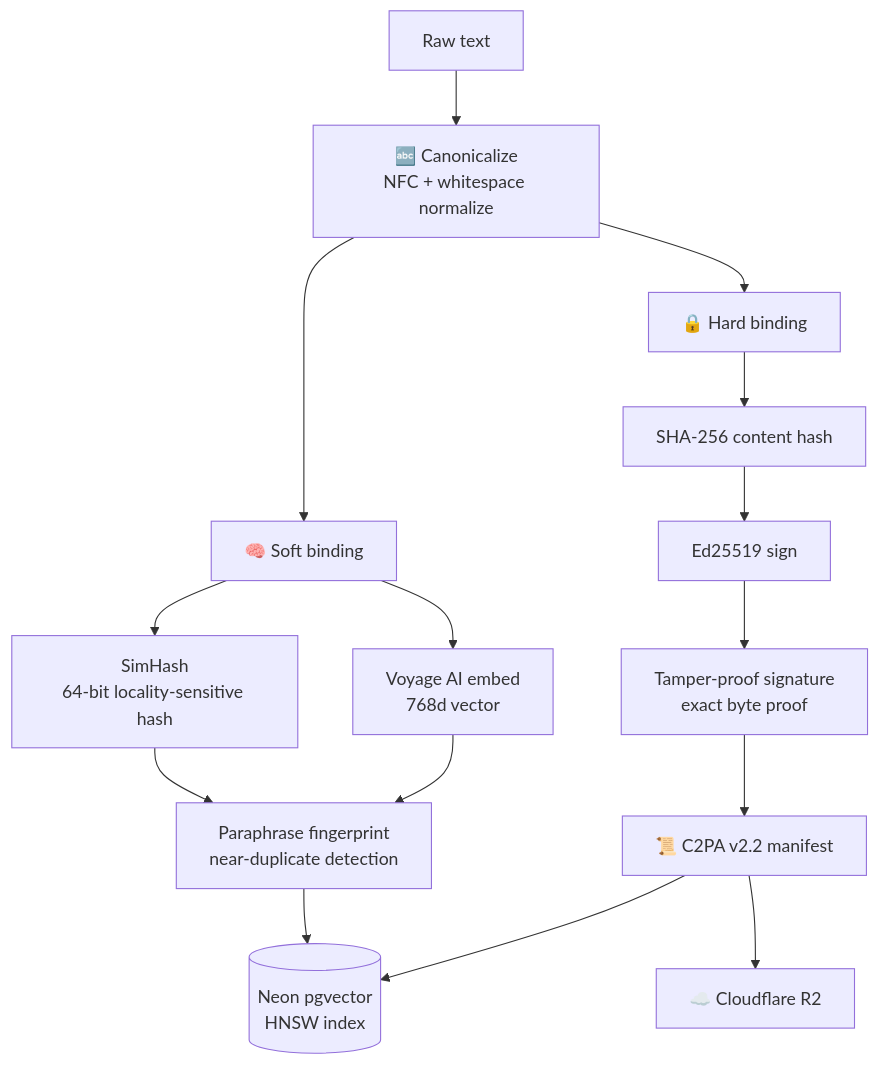
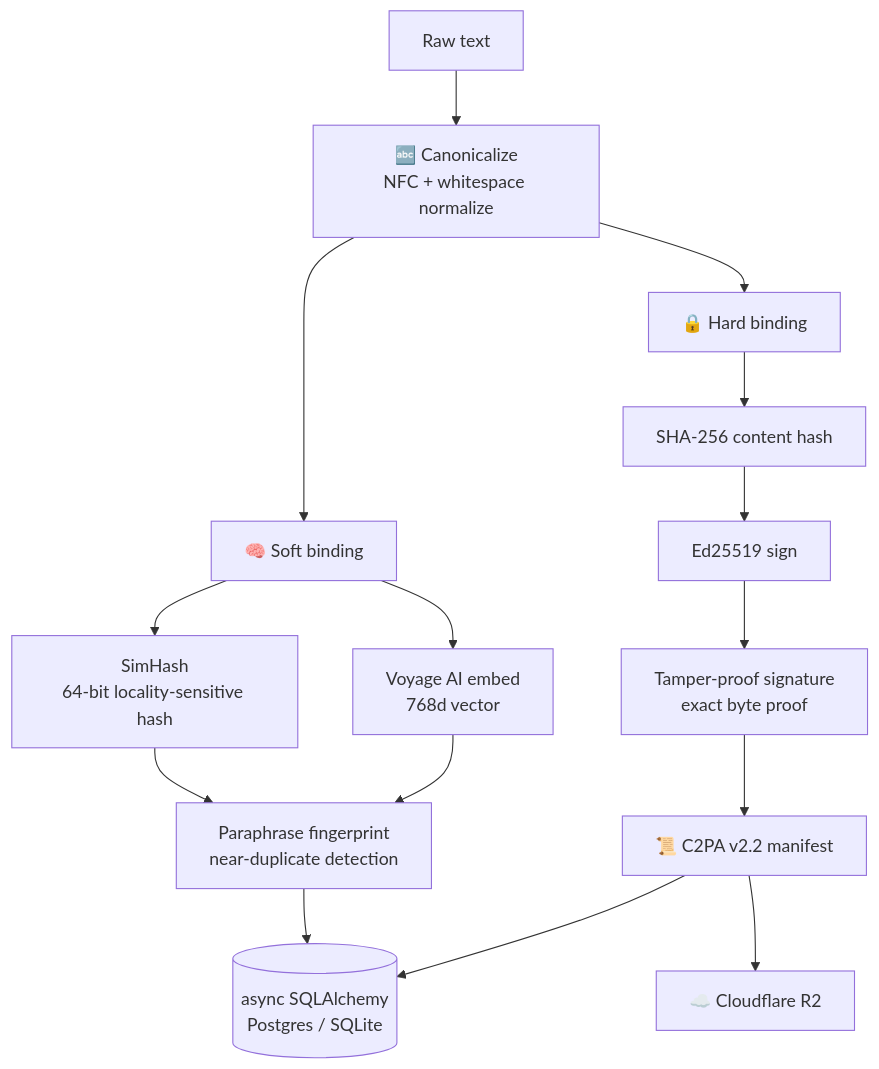
One commit to Abdul-Muizz1310/inkprint-backend changed the first of 4 diagrams in README.md. Above: the diagram before and after it, drawn with Mermaid. The commit also changed other lines of this file and 1 other file, not shown here.

First line of the commit message:
docs: align README + ARCHITECTURE with the real persistence layer

````diff
--- a/README.md
+++ b/README.md
@@ -71,20 +71,20 @@
 ```mermaid
 flowchart TD
     Input[Raw text] --> Canon[🔤 Canonicalize<br/>NFC + whitespace normalize]
     Canon --> Hard[🔒 Hard binding]
     Canon --> Soft[🧠 Soft binding]
 
     Hard --> SHA[SHA-256 content hash]
     SHA --> Sign[Ed25519 sign]
     Sign --> HardOut[Tamper-proof signature<br/>exact byte proof]
 
     Soft --> SH[SimHash<br/>64-bit locality-sensitive hash]
     Soft --> Embed[Voyage AI embed<br/>768d vector]
     SH --> SoftOut[Paraphrase fingerprint<br/>near-duplicate detection]
     Embed --> SoftOut
 
     HardOut --> Manifest[📜 C2PA v2.2 manifest]
-    SoftOut --> DB[(Neon pgvector<br/>HNSW index)]
+    SoftOut --> DB[(async SQLAlchemy<br/>Postgres / SQLite)]
     Manifest --> DB
     Manifest --> R2[☁️ Cloudflare R2]
 ```
````
